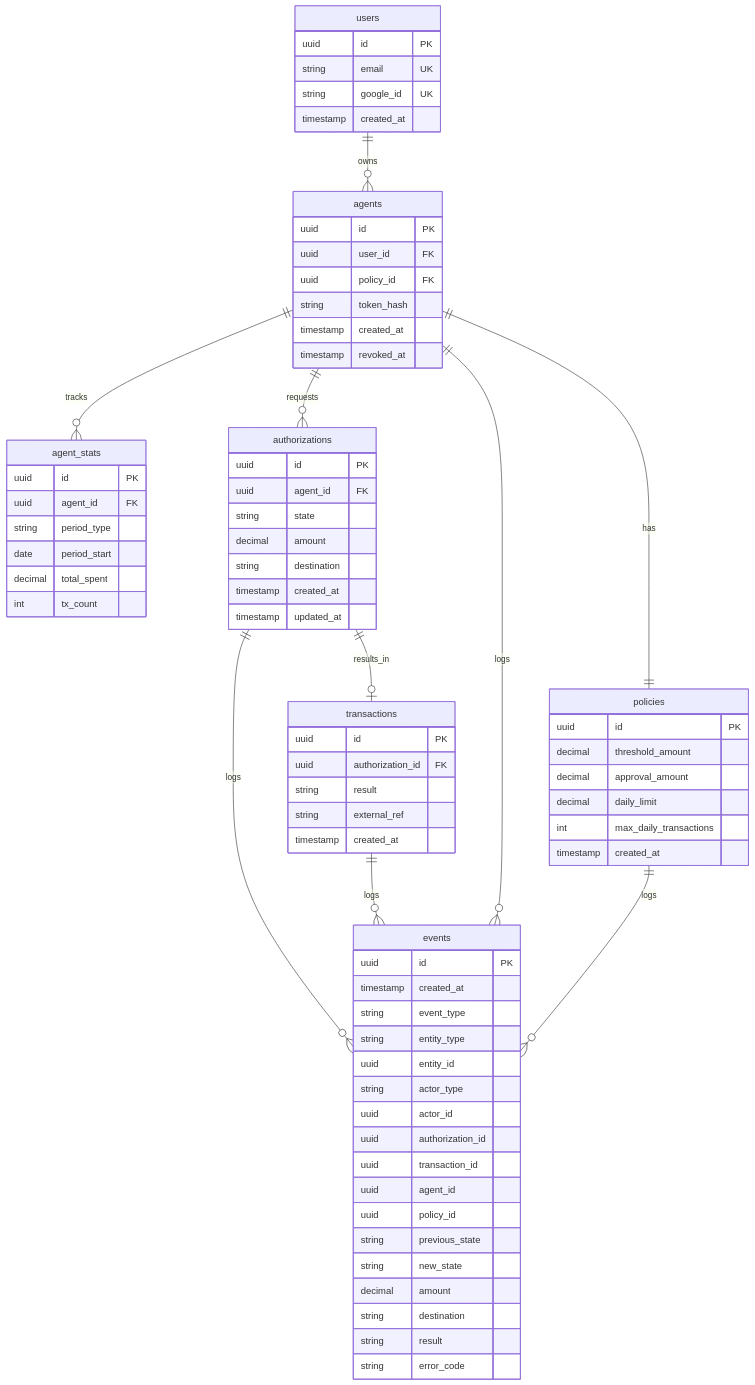
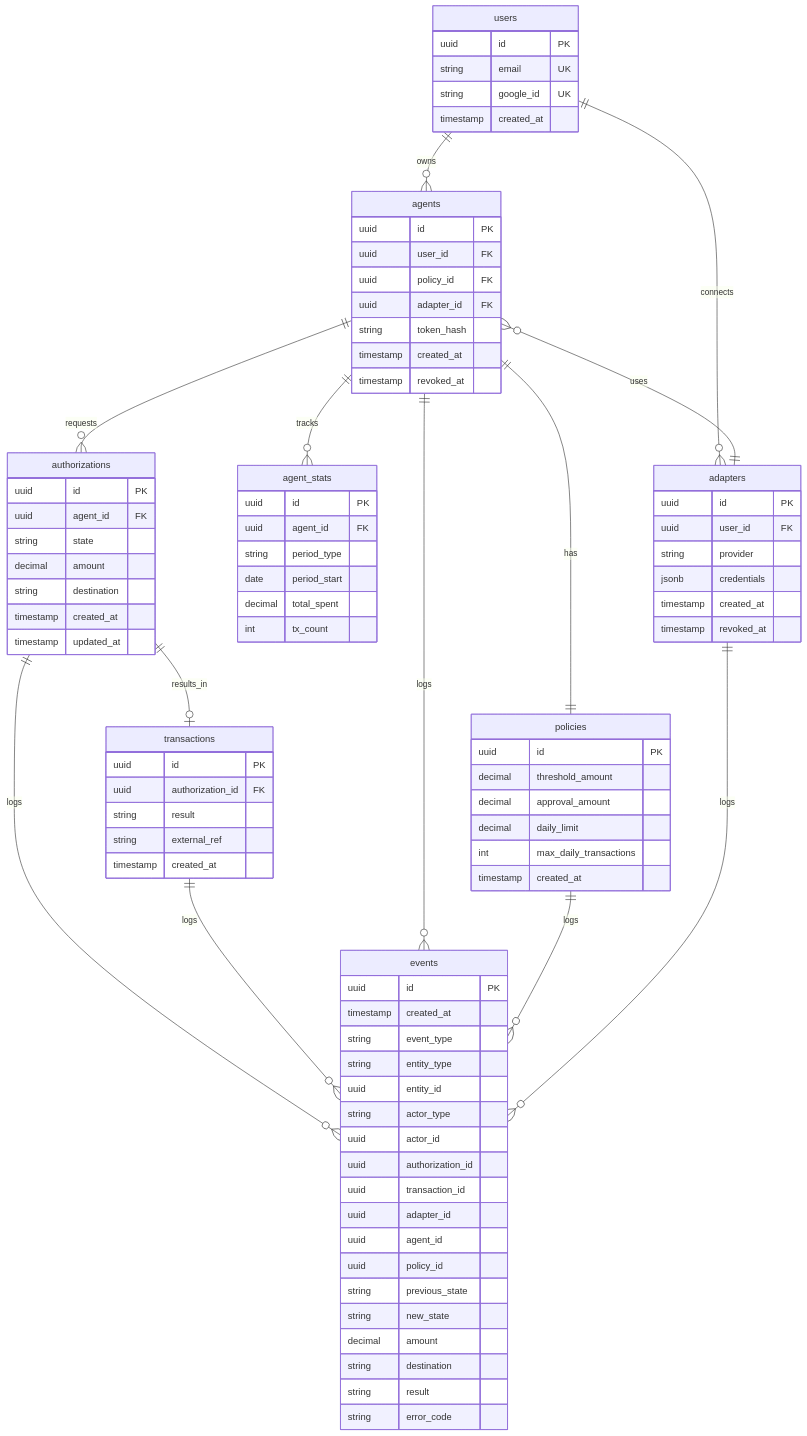
The diagram in docs/03-data-model.md (matverach/paysentry), drawn with Mermaid before and after one commit. The commit also changed other lines of this file and 2 other files, not shown here.

First line of the commit message:
docs: add payment adapter data model and ADR-005

````diff
--- a/docs/03-data-model.md
+++ b/docs/03-data-model.md
@@ -5,7 +5,9 @@
 ```mermaid
 erDiagram
     users ||--o{ agents : "owns"
+    users ||--o{ adapters : "connects"
     agents ||--|| policies : "has"
+    agents }o--|| adapters : "uses"
     agents ||--o{ agent_stats : "tracks"
     agents ||--o{ authorizations : "requests"
     authorizations ||--o| transactions : "results_in"
@@ -14,6 +16,7 @@
     transactions ||--o{ events : "logs"
     agents ||--o{ events : "logs"
     policies ||--o{ events : "logs"
+    adapters ||--o{ events : "logs"
 
     users {
         uuid id PK
@@ -22,10 +25,20 @@
         timestamp created_at
     }
 
+    adapters {
+        uuid id PK
+        uuid user_id FK
+        string provider
+        jsonb credentials
+        timestamp created_at
+        timestamp revoked_at
+    }
+
     agents {
         uuid id PK
         uuid user_id FK
         uuid policy_id FK
+        uuid adapter_id FK
         string token_hash
         timestamp created_at
         timestamp revoked_at
@@ -77,6 +90,7 @@
         uuid actor_id
         uuid authorization_id
         uuid transaction_id
+        uuid adapter_id
         uuid agent_id
         uuid policy_id
         string previous_state
````
